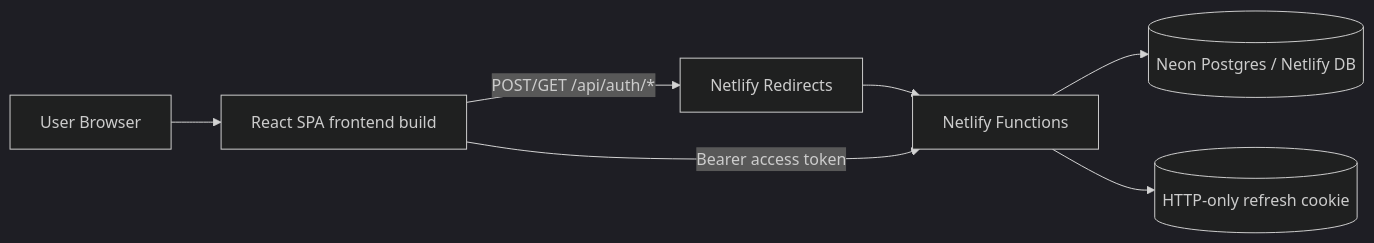
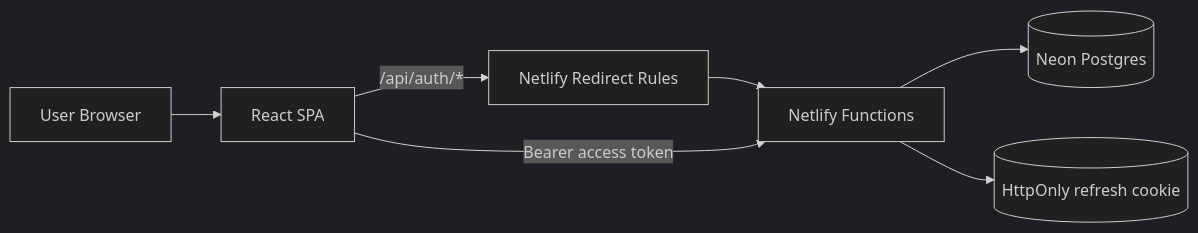
Before and after one commit to zacarlson01-del/body-tea: the first of 2 diagrams in README.md, drawn with Mermaid (dark theme). The commit also changed other lines of this file and 3 other files, not shown here.

````diff
--- a/README.md
+++ b/README.md
@@ -23,9 +43,9 @@
 ```mermaid
 flowchart LR
-    U[User Browser] --> FE[React SPA frontend build]
-    FE -->|POST/GET /api/auth/*| R[Netlify Redirects]
-    R --> F[Netlify Functions]
-    F --> DB[(Neon Postgres / Netlify DB)]
-    F --> C[(HTTP-only refresh cookie)]
-    FE -->|Bearer access token| F
+    U[User Browser] --> FE[React SPA]
+    FE -->|/api/auth/*| REDIR[Netlify Redirect Rules]
+    REDIR --> FN[Netlify Functions]
+    FN --> DB[(Neon Postgres)]
+    FN --> COOKIE[(HttpOnly refresh cookie)]
+    FE -->|Bearer access token| FN
 ```
````
